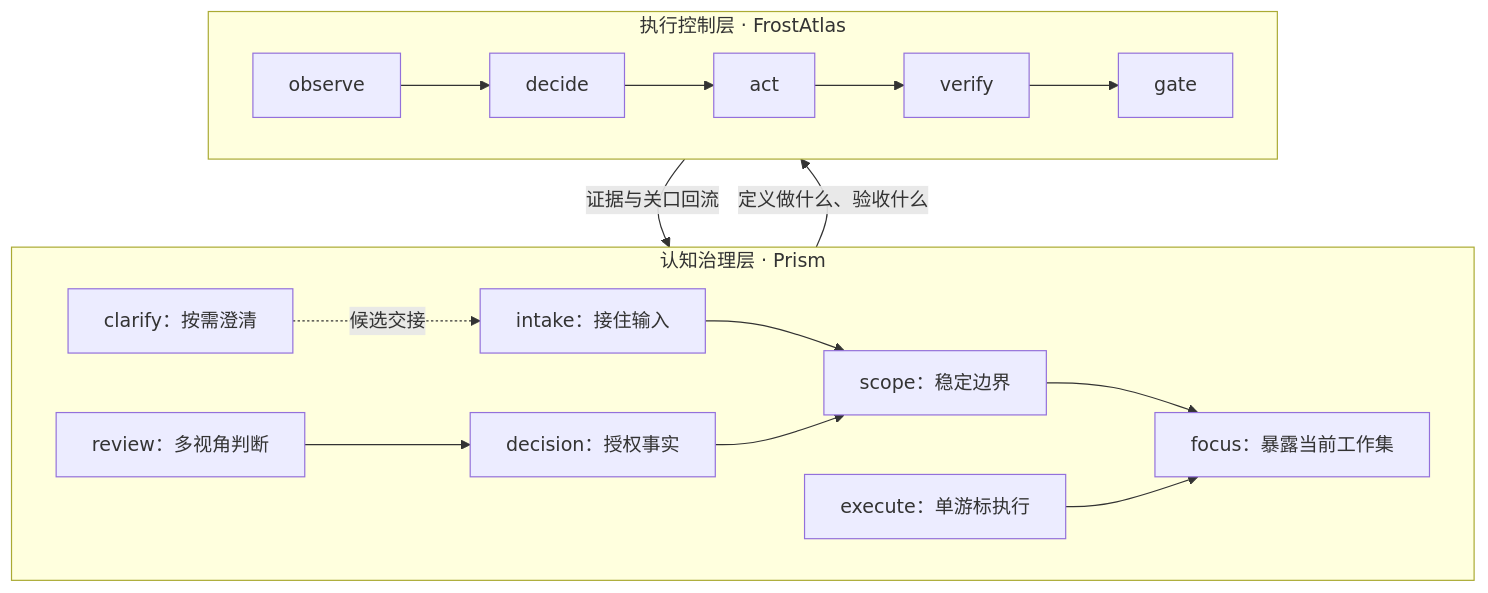
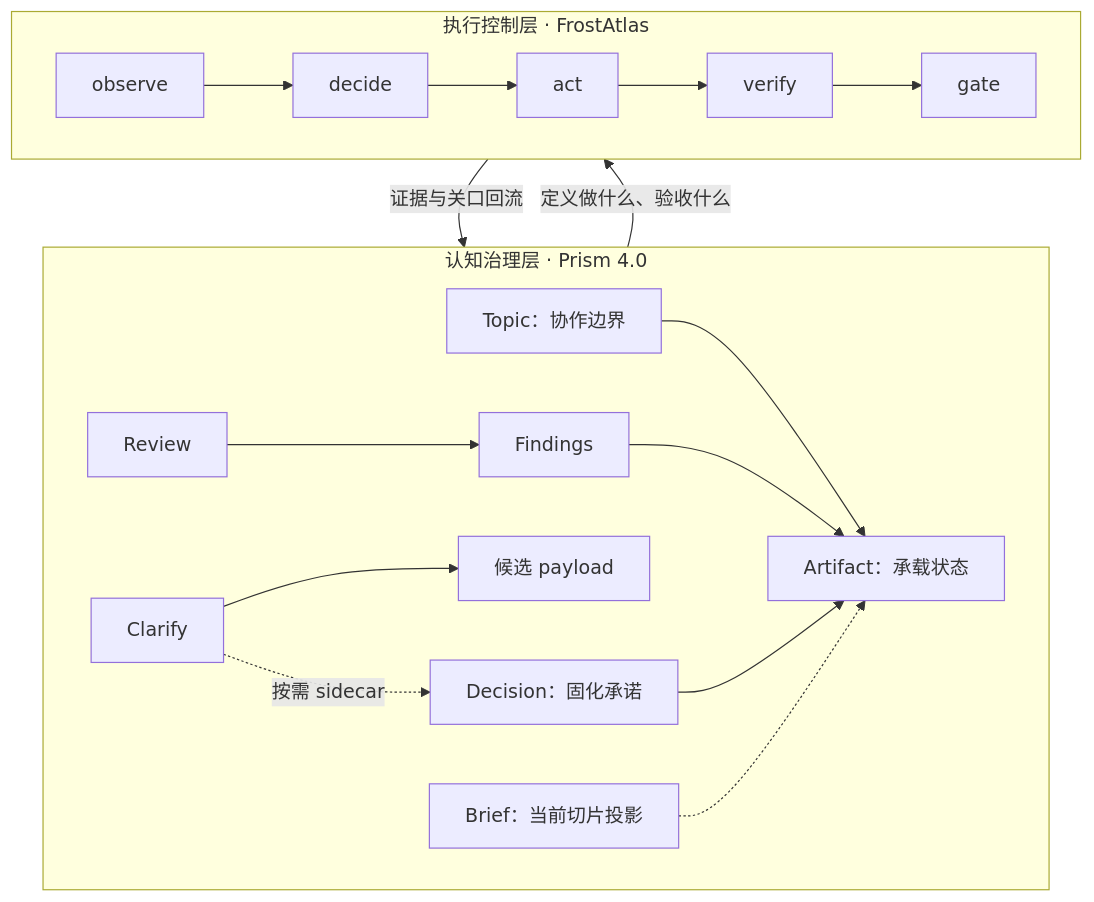
One commit to ArnoFrost/prism changed the diagram in README.md. Above: the diagram before and after it, drawn with Mermaid. The commit also changed other lines of this file and 1 other file, not shown here.

Commit message:
docs: 公开入口先讲 4.0 原语再讲 3.x
README 生态图与读什么、architecture 首屏改为 Topic / Artifact / 可组合能力；3.x 管线留在 legacy 节。

````diff
--- a/README.md
+++ b/README.md
@@ -41,17 +41,22 @@
 ```mermaid
 flowchart TB
-  subgraph governance ["认知治理层 · Prism"]
-    I["intake：接住输入"] --> S["scope：稳定边界"]
-    S --> F["focus：暴露当前工作集"]
-    C["clarify：按需澄清"] -. "候选交接" .-> I
-    R["review：多视角判断"] --> DR["decision：授权事实"]
-    DR --> S
-    E["execute：单游标执行"] --> F
+  subgraph governance ["认知治理层 · Prism 4.0"]
+    T["Topic：协作边界"]
+    A["Artifact：承载状态"]
+    RV["Review"] --> FN["Findings"]
+    CL["Clarify"] --> CD["候选 payload"]
+    DC["Decision：固化承诺"]
+    BR["Brief：当前切片投影"]
+    T --> A
+    FN --> A
+    DC --> A
+    BR -.-> A
+    CL -. "按需 sidecar" .-> DC
   end
   subgraph harness ["执行控制层 · FrostAtlas"]
-    O[observe] --> HD[decide] --> A[act]
-    A --> V[verify] --> G[gate]
+    O[observe] --> HD[decide] --> A2[act]
+    A2 --> V[verify] --> G[gate]
   end
   governance -->|"定义做什么、验收什么"| harness
   harness -->|"证据与关口回流"| governance
 ```
````
